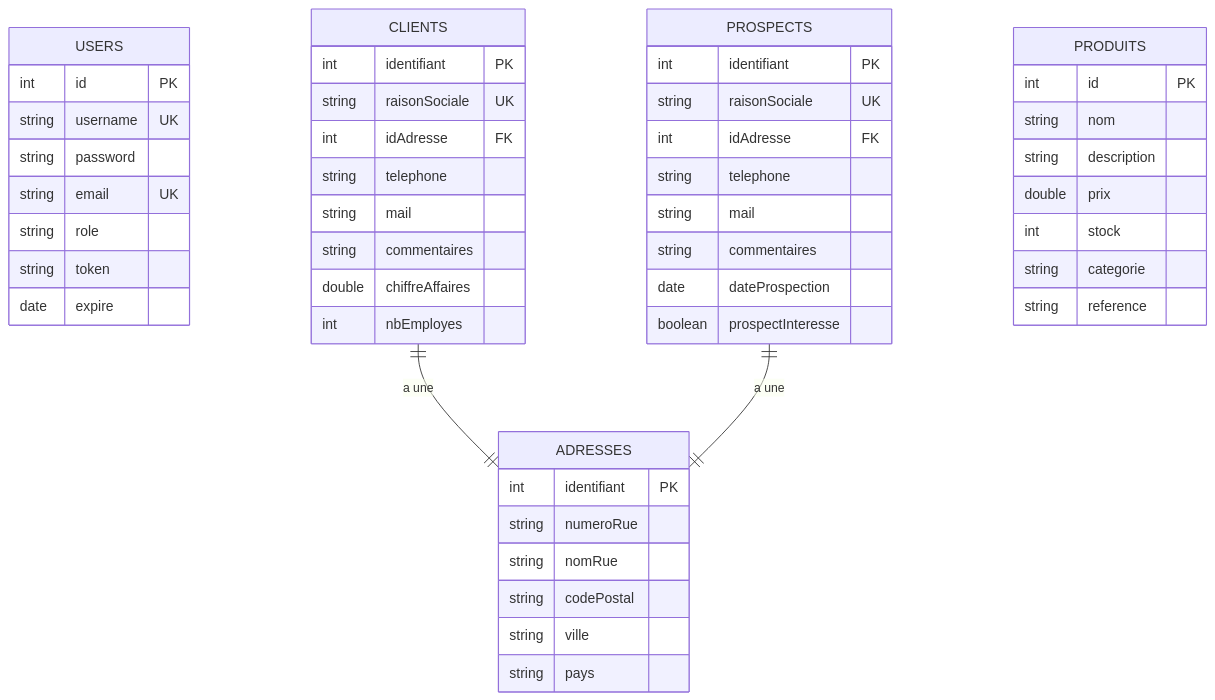
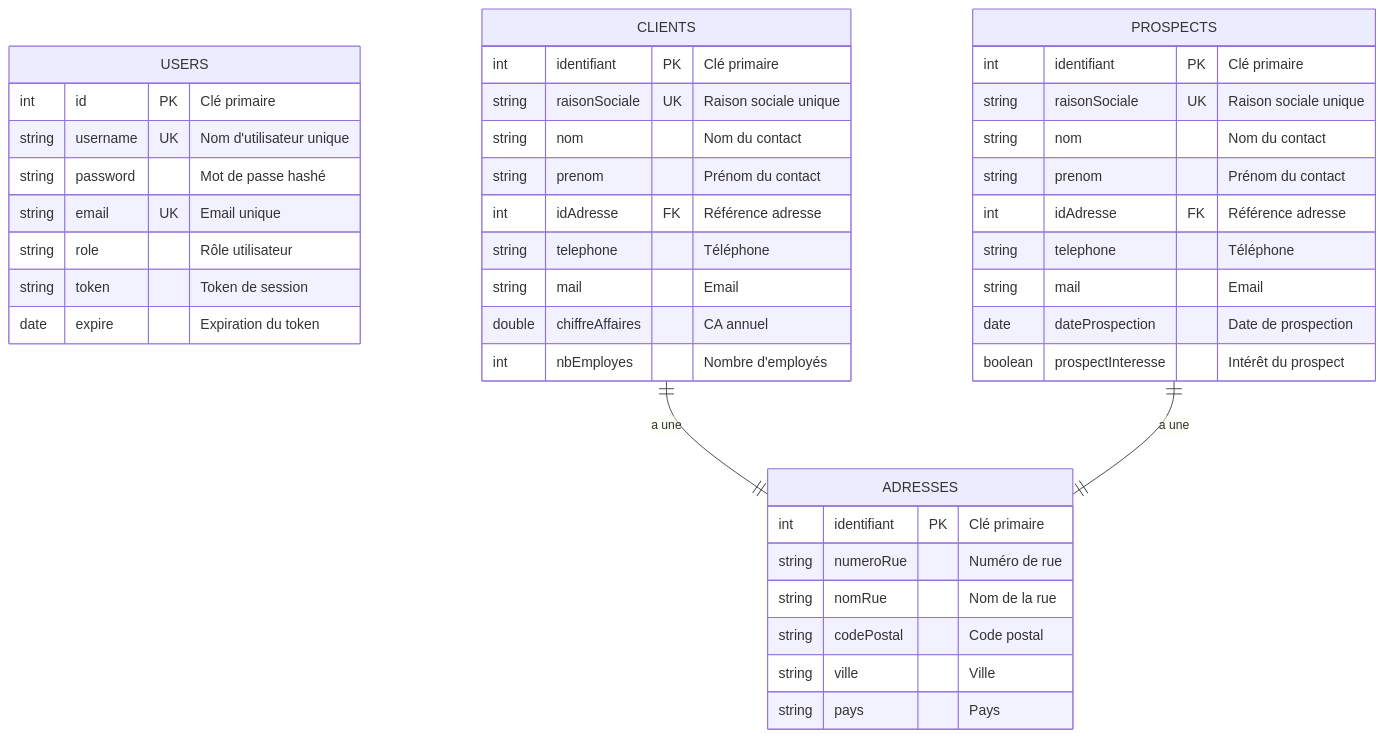
One commit to yglsan2/CliprocoFrontJava changed the third of 4 diagrams in README.md. Above: the diagram before and after it, drawn with Mermaid. The commit also changed other lines of this file and 99 other files, not shown here.

````diff
--- a/README.md
+++ b/README.md
@@ -106,56 +505,48 @@
 ```mermaid
 erDiagram
     USERS {
-        int id PK
-        string username UK
-        string password
-        string email UK
-        string role
-        string token
-        date expire
+        int id PK "Clé primaire"
+        string username UK "Nom d'utilisateur unique"
+        string password "Mot de passe hashé"
+        string email UK "Email unique"
+        string role "Rôle utilisateur"
+        string token "Token de session"
+        date expire "Expiration du token"
     }
     
     ADRESSES {
-        int identifiant PK
-        string numeroRue
-        string nomRue
-        string codePostal
-        string ville
-        string pays
+        int identifiant PK "Clé primaire"
+        string numeroRue "Numéro de rue"
+        string nomRue "Nom de la rue"
+        string codePostal "Code postal"
+        string ville "Ville"
+        string pays "Pays"
     }
     
     CLIENTS {
-        int identifiant PK
-        string raisonSociale UK
-        int idAdresse FK
-        string telephone
-        string mail
-        string commentaires
-        double chiffreAffaires
-        int nbEmployes
+        int identifiant PK "Clé primaire"
+        string raisonSociale UK "Raison sociale unique"
+        string nom "Nom du contact"
+        string prenom "Prénom du contact"
+        int idAdresse FK "Référence adresse"
+        string telephone "Téléphone"
+        string mail "Email"
+        double chiffreAffaires "CA annuel"
+        int nbEmployes "Nombre d'employés"
     }
     
     PROSPECTS {
-        int identifiant PK
-        string raisonSociale UK
-        int idAdresse FK
-        string telephone
-        string mail
-        string commentaires
-        date dateProspection
-        boolean prospectInteresse
-    }
-    
-    PRODUITS {
-        int id PK
-        string nom
-        string description
-        double prix
-        int stock
-        string categorie
-        string reference
+        int identifiant PK "Clé primaire"
+        string raisonSociale UK "Raison sociale unique"
+        string nom "Nom du contact"
+        string prenom "Prénom du contact"
+        int idAdresse FK "Référence adresse"
+        string telephone "Téléphone"
+        string mail "Email"
+        date dateProspection "Date de prospection"
+        boolean prospectInteresse "Intérêt du prospect"
     }
     
     CLIENTS ||--|| ADRESSES : "a une"
     PROSPECTS ||--|| ADRESSES : "a une"
 ```
````
